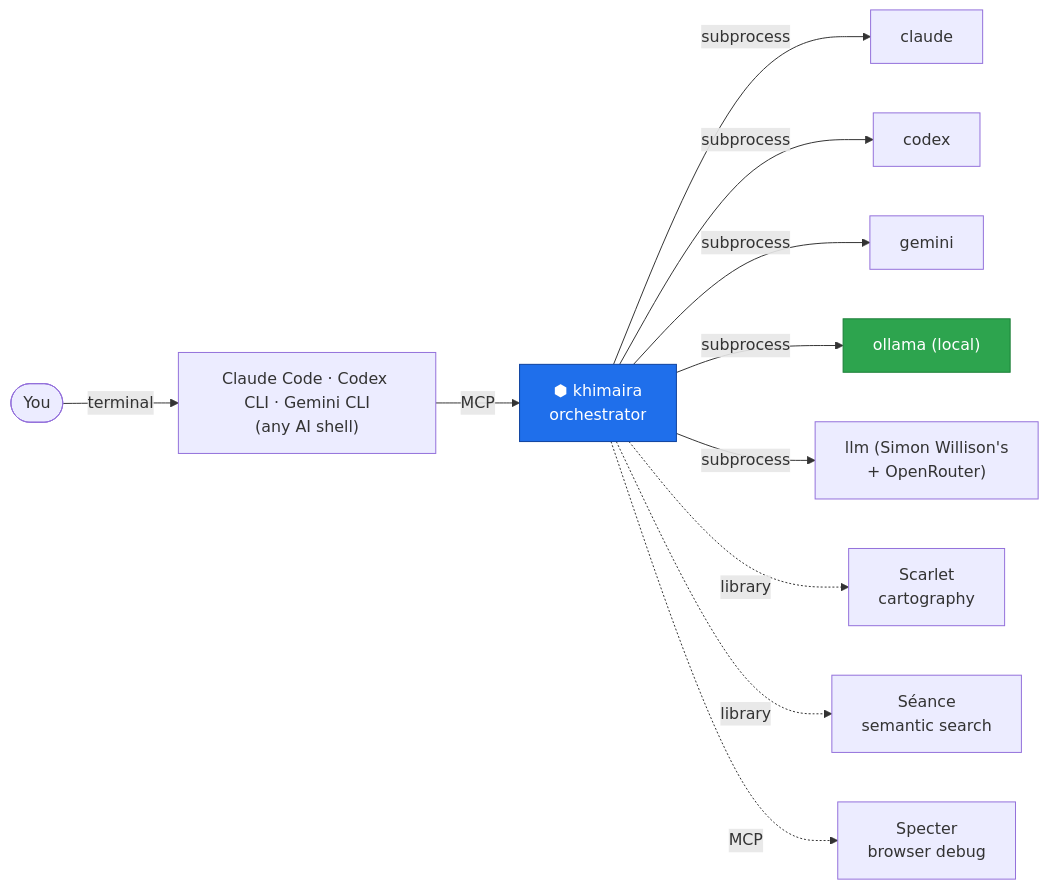
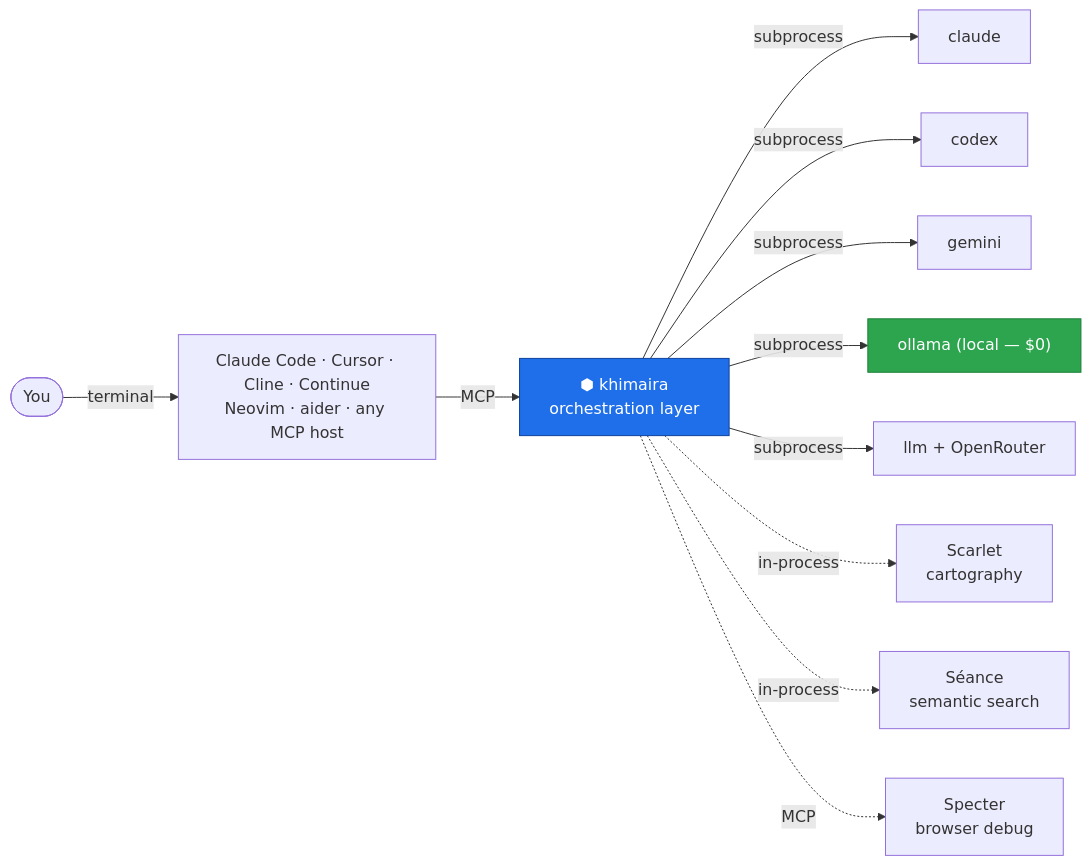
Before and after one commit to fsocietydisobey/chimera: the first of 5 diagrams in README.md, drawn with Mermaid. The commit also changed other lines of this file, not shown here.

````diff
--- a/README.md
+++ b/README.md
@@ -17,16 +87,16 @@
 ```mermaid
 flowchart LR
-    User([You]) -->|terminal| Shell["Claude Code · Codex CLI · Gemini CLI<br/>(any AI shell)"]
-    Shell -->|MCP| Khimaira["⬢ khimaira<br/>orchestrator"]
+    User([You]) -->|terminal| Editor["Claude Code · Cursor · Cline · Continue<br/>Neovim · aider · any MCP host"]
+    Editor -->|MCP| Khimaira["⬢ khimaira<br/>orchestration layer"]
     Khimaira -->|subprocess| Claude["claude"]
     Khimaira -->|subprocess| Codex["codex"]
     Khimaira -->|subprocess| Gemini["gemini"]
-    Khimaira -->|subprocess| Ollama["ollama (local)"]
-    Khimaira -->|subprocess| LLM["llm (Simon Willison's<br/>+ OpenRouter)"]
-    Khimaira -.->|library| Scarlet["Scarlet<br/>cartography"]
-    Khimaira -.->|library| Seance["Séance<br/>semantic search"]
+    Khimaira -->|subprocess| Ollama["ollama (local — $0)"]
+    Khimaira -->|subprocess| LLM["llm + OpenRouter"]
+    Khimaira -.->|in-process| Scarlet["Scarlet<br/>cartography"]
+    Khimaira -.->|in-process| Seance["Séance<br/>semantic search"]
     Khimaira -.->|MCP| Specter["Specter<br/>browser debug"]
 
     style Khimaira fill:#1f6feb,stroke:#0d419d,color:#fff
     style Ollama fill:#2da44e,stroke:#1a7f37,color:#fff
 ```
````
